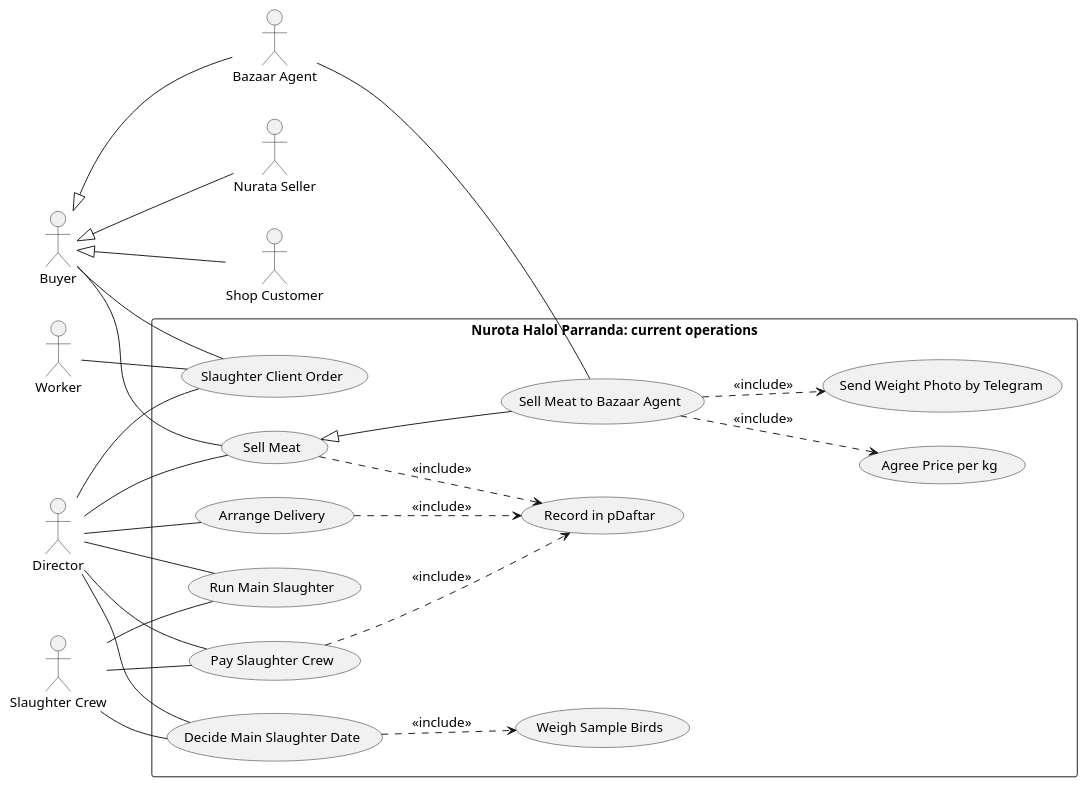
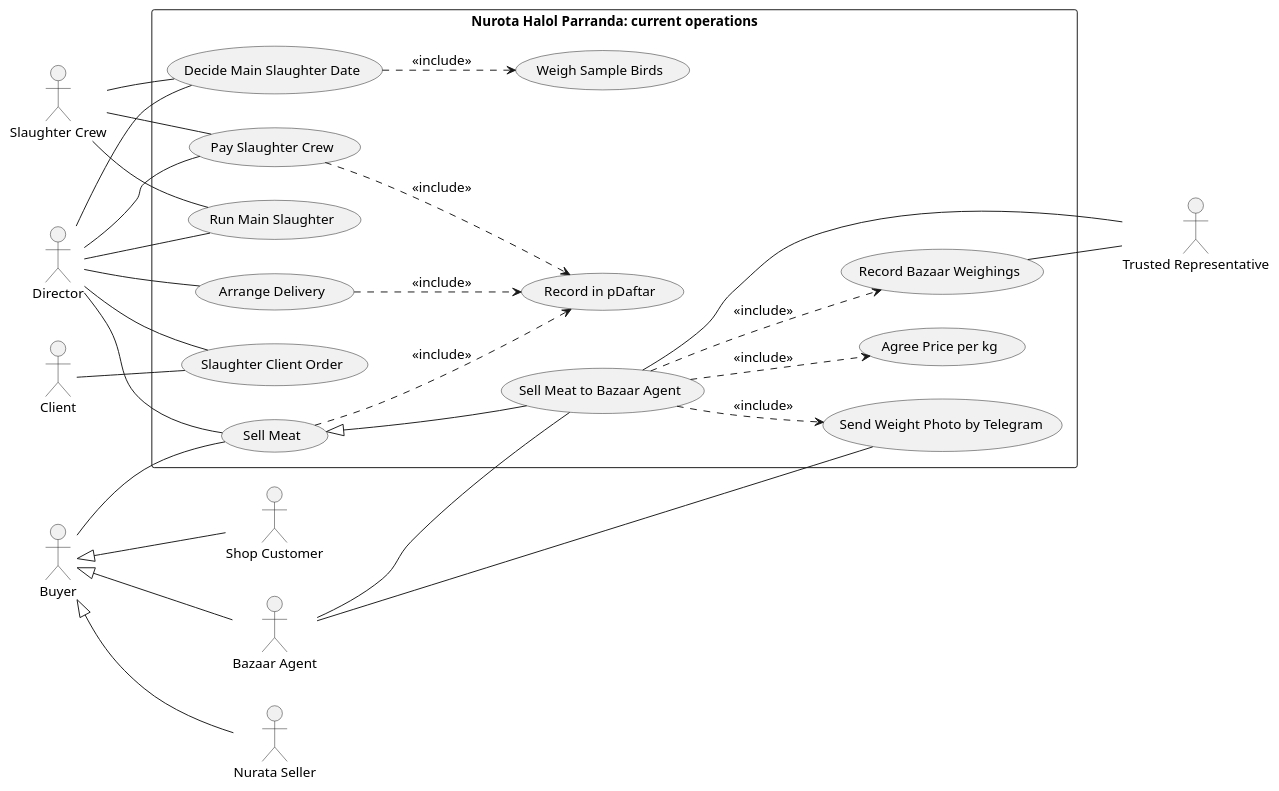
Before and after one commit to MuzaffarNurillaew/sad: the diagram in diagrams/use-case-slaughter-sales.puml, drawn with PlantUML. The commit also changed other lines of this file and 6 other files, not shown here.

```diff
--- a/diagrams/use-case-slaughter-sales.puml
+++ b/diagrams/use-case-slaughter-sales.puml
@@ -8,50 +13,55 @@
 @startuml
 left to right direction
 skinparam packageStyle rectangle
 skinparam shadowing false
 skinparam defaultFontSize 14
 
-actor "Worker" as WK
 actor "Director" as DIR
 actor "Slaughter Crew" as CREW
+actor "Client" as CL
 actor "Buyer" as BUY
 actor "Bazaar Agent" as BA
 actor "Nurata Seller" as NS
 actor "Shop Customer" as SHC
+actor "Trusted Representative" as TR
 rectangle "Nurota Halol Parranda: current operations" {
   usecase "Decide Main Slaughter Date" as DS
   usecase "Weigh Sample Birds" as WS
   usecase "Run Main Slaughter" as MS
   usecase "Pay Slaughter Crew" as PC
   usecase "Slaughter Client Order" as SC
   usecase "Arrange Delivery" as AD
   usecase "Sell Meat" as SM
   usecase "Sell Meat to Bazaar Agent" as SMBA
   usecase "Agree Price per kg" as AP
   usecase "Send Weight Photo by Telegram" as WP
+  usecase "Record Bazaar Weighings" as RW
   usecase "Record in pDaftar" as PD
 }
-WK -- SC
 DIR -- DS
 DIR -- MS
 DIR -- PC
 DIR -- SC
 DIR -- AD
 DIR -- SM
 DS ..> WS : <<include>>
 PC ..> PD : <<include>>
 AD ..> PD : <<include>>
 SM ..> PD : <<include>>
 SM <|-- SMBA
 SMBA ..> AP : <<include>>
 SMBA ..> WP : <<include>>
+SMBA ..> RW : <<include>>
 CREW -- DS
 CREW -- MS
 CREW -- PC
-BUY -- SC
+CL -- SC
 BUY -- SM
 BA -- SMBA
+BA -- WP
+RW -- TR
+SMBA -- TR
 BUY <|-- BA
 BUY <|-- NS
 BUY <|-- SHC
 @enduml
```
